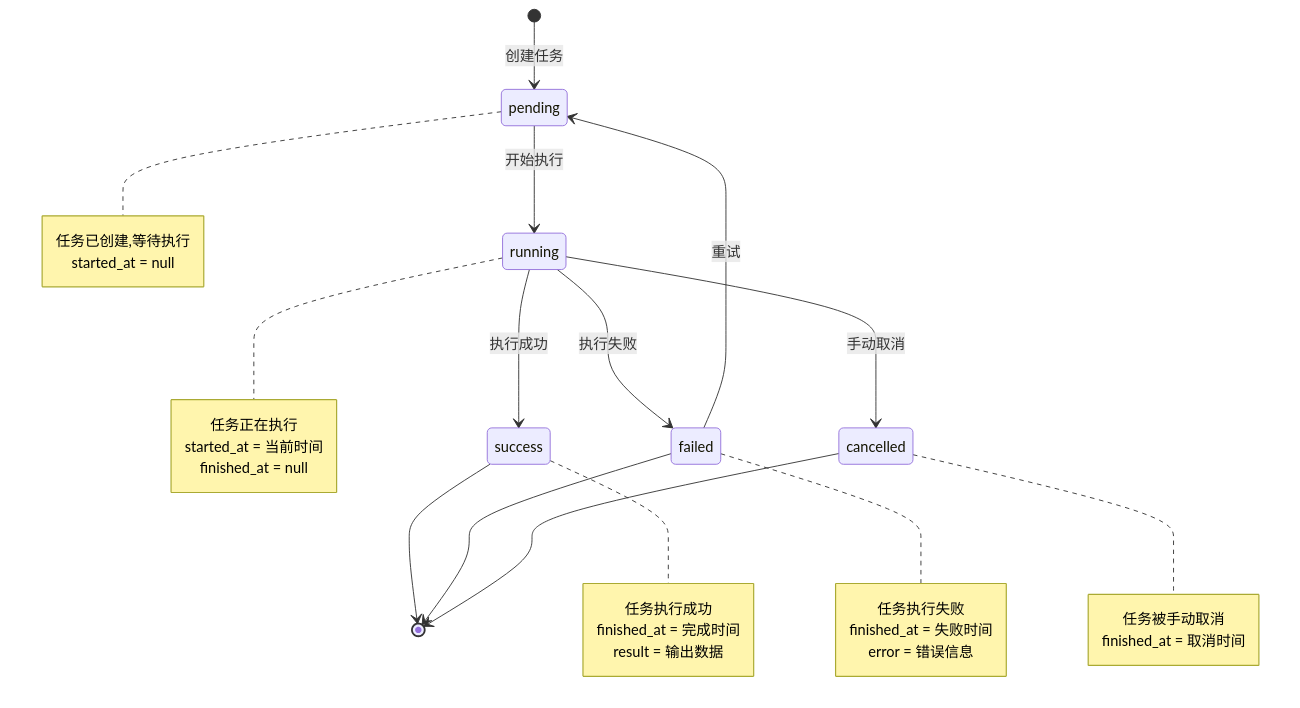
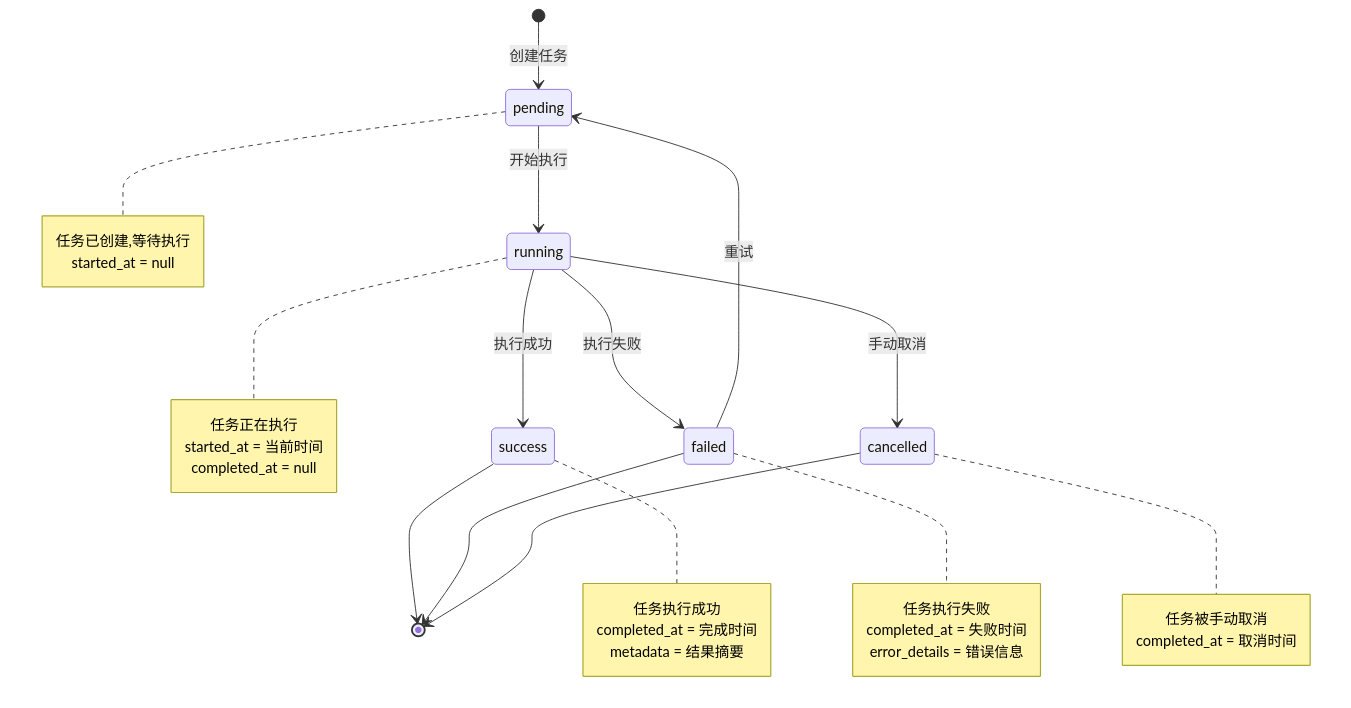
One commit to pampa0629/addp changed the second of 3 diagrams in docs/concepts/addp监控与执行体系图.md. Above: the diagram before and after it, drawn with Mermaid. The commit also changed other lines of this file and 75 other files, not shown here.

````diff
--- a/docs/concepts/addp监控与执行体系图.md
+++ b/docs/concepts/addp监控与执行体系图.md
@@ -92,41 +91,41 @@
 ```mermaid
 stateDiagram-v2
     [*] --> pending: 创建任务
     pending --> running: 开始执行
     running --> success: 执行成功
     running --> failed: 执行失败
     running --> cancelled: 手动取消
 
     success --> [*]
     failed --> pending: 重试
     failed --> [*]
     cancelled --> [*]
 
     note right of pending
         任务已创建,等待执行
         started_at = null
     end note
 
     note right of running
         任务正在执行
         started_at = 当前时间
-        finished_at = null
+        completed_at = null
     end note
 
     note right of success
         任务执行成功
-        finished_at = 完成时间
-        result = 输出数据
+        completed_at = 完成时间
+        metadata = 结果摘要
     end note
 
     note right of failed
         任务执行失败
-        finished_at = 失败时间
-        error = 错误信息
+        completed_at = 失败时间
+        error_details = 错误信息
     end note
 
     note right of cancelled
         任务被手动取消
-        finished_at = 取消时间
+        completed_at = 取消时间
     end note
 ```
````
